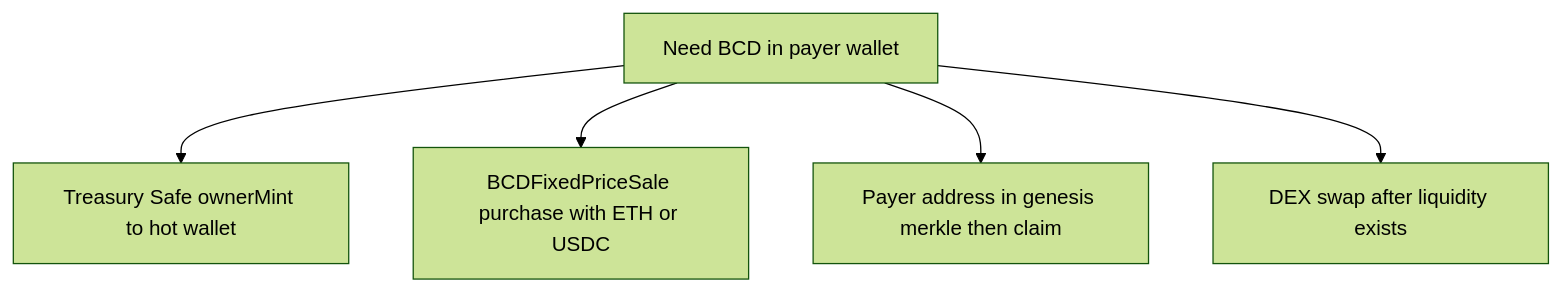
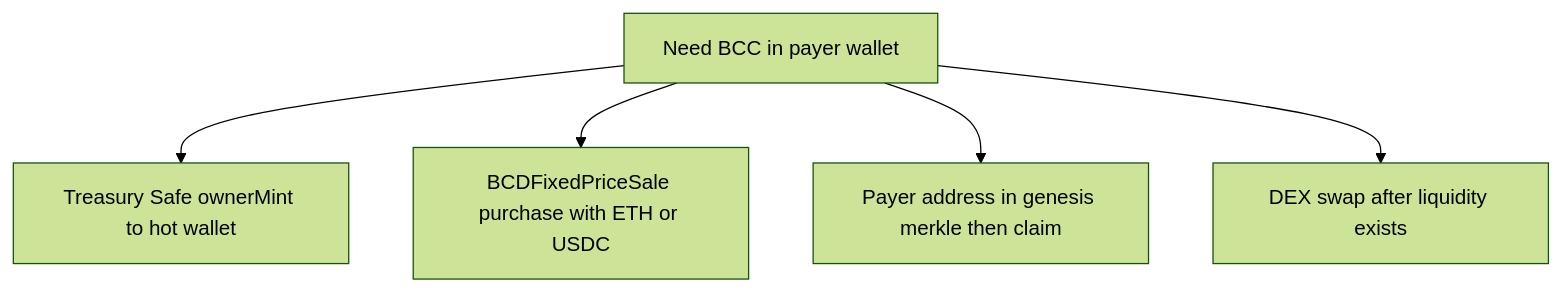
The diagram in b3/docs/BCD_PAYER_WALLET.md (Laszlo23/xrpbaby), drawn with Mermaid (forest theme) before and after one commit. The commit also changed other lines of this file and 457 other files, not shown here.

````diff
--- a/b3/docs/BCD_PAYER_WALLET.md
+++ b/b3/docs/BCD_PAYER_WALLET.md
@@ -39,12 +39,12 @@
 ```mermaid
 flowchart TD
-  start[Need BCD in payer wallet]
+  start[Need BCC in payer wallet]
   treasury[Treasury Safe ownerMint to hot wallet]
   sale[BCDFixedPriceSale purchase with ETH or USDC]
   genesis[Payer address in genesis merkle then claim]
   dex[DEX swap after liquidity exists]
   start --> treasury
   start --> sale
   start --> genesis
   start --> dex
 ```
````
